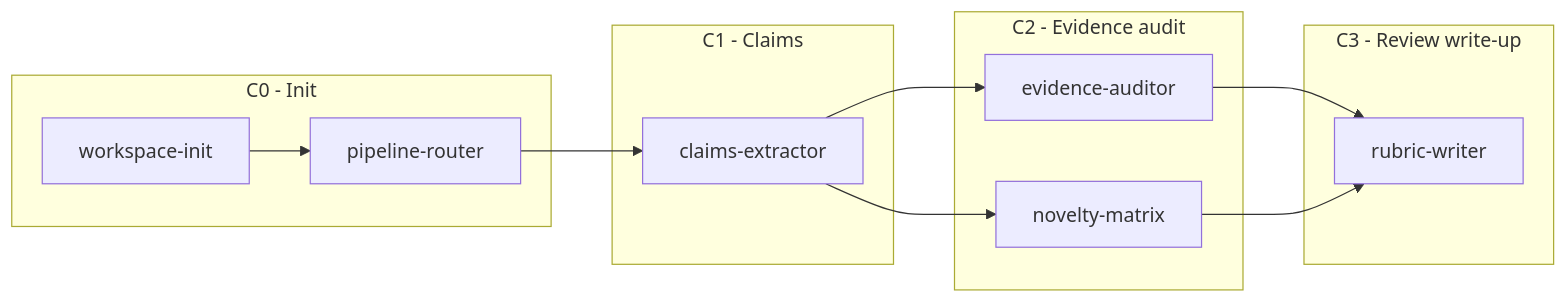
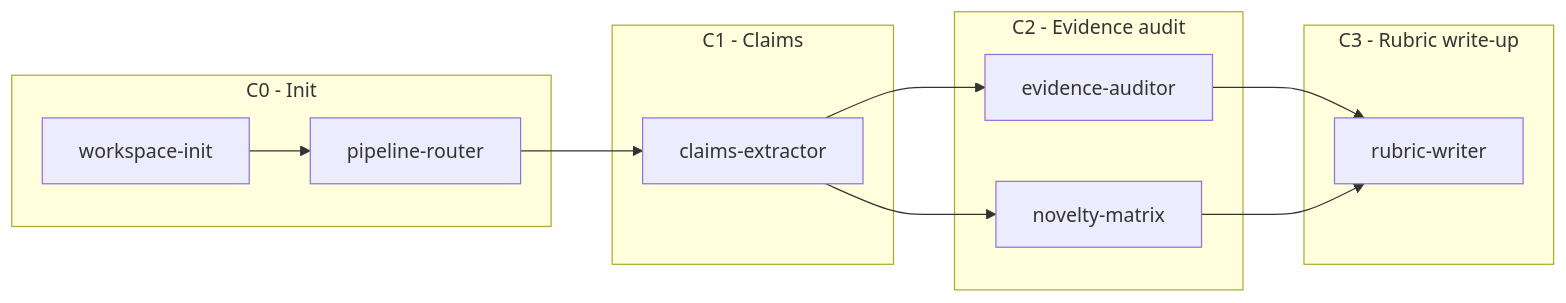
Before and after one commit to songjinghe/research-units-pipeline-skills: the sixth of 6 diagrams in docs/PIPELINE_FLOWS.md, drawn with Mermaid. The commit also changed other lines of this file and 129 other files, not shown here.

````diff
--- a/docs/PIPELINE_FLOWS.md
+++ b/docs/PIPELINE_FLOWS.md
@@ -290,23 +277,23 @@
 ```mermaid
 flowchart LR
   subgraph "C0 - Init"
     WS[workspace-init]
     PR0[pipeline-router]
   end
 
   subgraph "C1 - Claims"
     CE[claims-extractor]
   end
 
   subgraph "C2 - Evidence audit"
     EA[evidence-auditor]
     NM[novelty-matrix]
   end
 
-  subgraph "C3 - Review write-up"
+  subgraph "C3 - Rubric write-up"
     RW[rubric-writer]
   end
 
   WS --> PR0 --> CE --> EA --> RW
   CE --> NM --> RW
 ```
````
